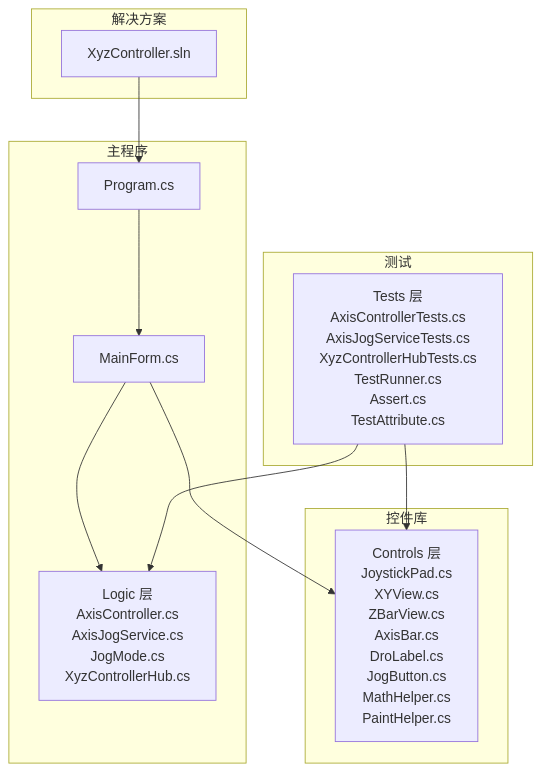
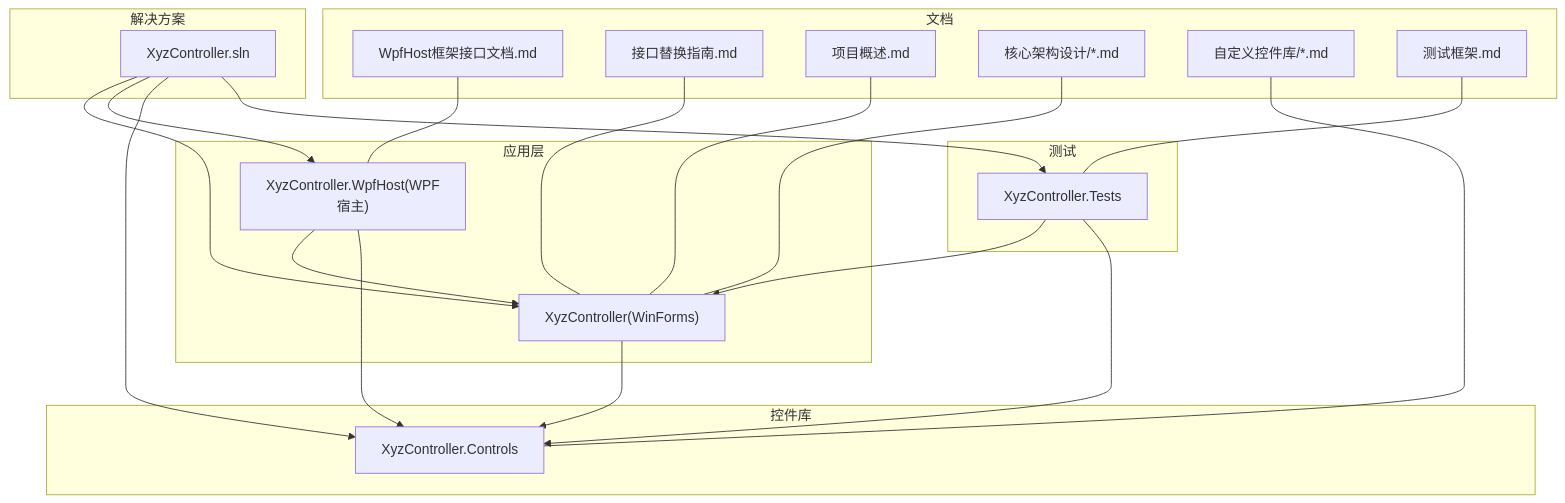
Before and after one commit to fuweiq94-cloud/3399180760: the first of 8 diagrams in .qoder/repowiki/zh/content/开发指南.md, drawn with Mermaid. The commit also changed other lines of this file and 94 other files, not shown here.

First line of the commit message:
docs(api): 添加完整 XyzController API 接口文档

````diff
--- a/.qoder/repowiki/zh/content/开发指南.md
+++ b/.qoder/repowiki/zh/content/开发指南.md
@@ -50,23 +74,39 @@
 ```mermaid
 graph TB
 subgraph "解决方案"
 SLN["XyzController.sln"]
 end
-subgraph "主程序"
-PRG["Program.cs"]
-MF["MainForm.cs"]
-LOGIC["Logic 层<br/>AxisController.cs<br/>AxisJogService.cs<br/>JogMode.cs<br/>XyzControllerHub.cs"]
+subgraph "应用层"
+APP["XyzController(WinForms)"]
+HOST["XyzController.WpfHost(WPF宿主)"]
 end
 subgraph "控件库"
-CTRLS["Controls 层<br/>JoystickPad.cs<br/>XYView.cs<br/>ZBarView.cs<br/>AxisBar.cs<br/>DroLabel.cs<br/>JogButton.cs<br/>MathHelper.cs<br/>PaintHelper.cs"]
+CTRL["XyzController.Controls"]
 end
 subgraph "测试"
-TESTS["Tests 层<br/>AxisControllerTests.cs<br/>AxisJogServiceTests.cs<br/>XyzControllerHubTests.cs<br/>TestRunner.cs<br/>Assert.cs<br/>TestAttribute.cs"]
+TEST["XyzController.Tests"]
 end
-SLN --> PRG
-PRG --> MF
-MF --> LOGIC
-MF --> CTRLS
-TESTS --> LOGIC
-TESTS --> CTRLS
+subgraph "文档"
+DOC1["WpfHost框架接口文档.md"]
+DOC2["接口替换指南.md"]
+DOC3["项目概述.md"]
+DOC4["核心架构设计/*.md"]
+DOC5["自定义控件库/*.md"]
+DOC6["测试框架.md"]
+end
+SLN --> APP
+SLN --> HOST
+SLN --> CTRL
+SLN --> TEST
+APP --> CTRL
+HOST --> APP
+HOST --> CTRL
+TEST --> APP
+TEST --> CTRL
+DOC1 --- HOST
+DOC2 --- APP
+DOC3 --- APP
+DOC4 --- APP
+DOC5 --- CTRL
+DOC6 --- TEST
 ```
````
